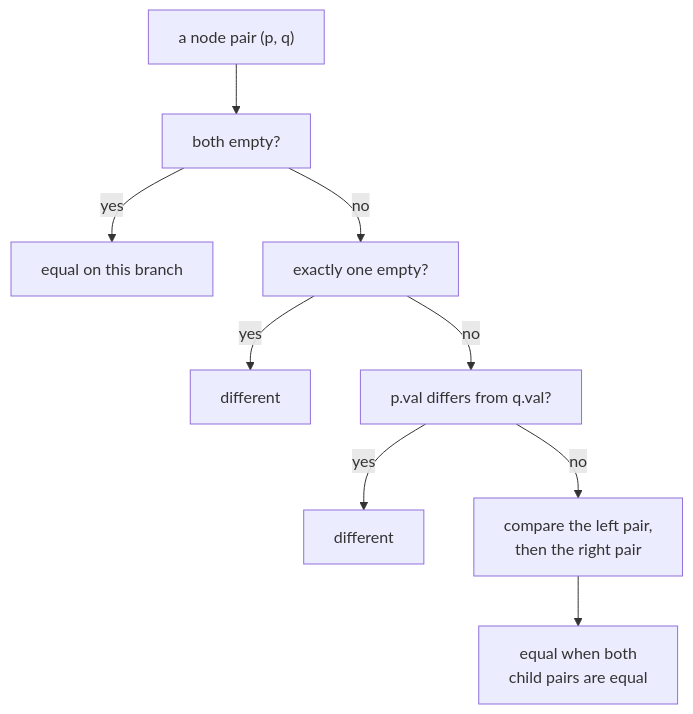
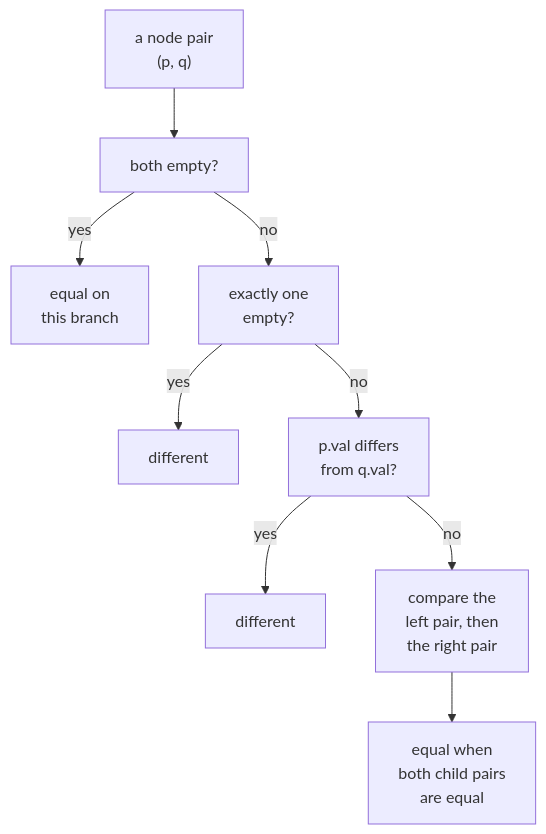
The first of 2 diagrams in content/en/problems/same-tree.md (duongbui234/software-engineering-atlas), drawn with Mermaid before and after one commit. The commit also changed other lines of this file and 134 other files, not shown here.

First line of the commit message:
Fit every Mermaid diagram at 390px without sideways scroll (#56)

````diff
--- a/content/en/problems/same-tree.md
+++ b/content/en/problems/same-tree.md
@@ -54,11 +54,11 @@
 ```mermaid
 flowchart TB
-  S["a node pair (p, q)"] --> A["both empty?"]
-  A -- "yes" --> T1["equal on this branch"]
-  A -- "no" --> B["exactly one empty?"]
+  S["a node pair<br/>(p, q)"] --> A["both empty?"]
+  A -- "yes" --> T1["equal on<br/>this branch"]
+  A -- "no" --> B["exactly one<br/>empty?"]
   B -- "yes" --> F1["different"]
-  B -- "no" --> C["p.val differs from q.val?"]
+  B -- "no" --> C["p.val differs<br/>from q.val?"]
   C -- "yes" --> F2["different"]
-  C -- "no" --> D["compare the left pair,<br/>then the right pair"]
-  D --> E["equal when both<br/>child pairs are equal"]
+  C -- "no" --> D["compare the<br/>left pair, then<br/>the right pair"]
+  D --> E["equal when<br/>both child pairs<br/>are equal"]
 ```
````
